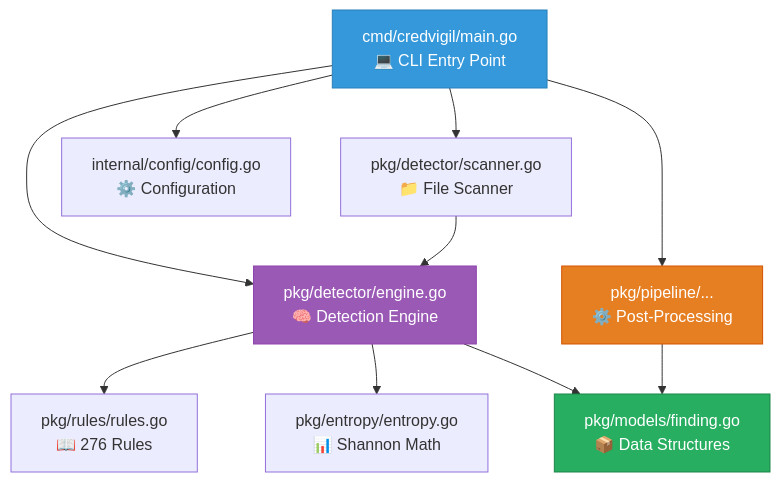
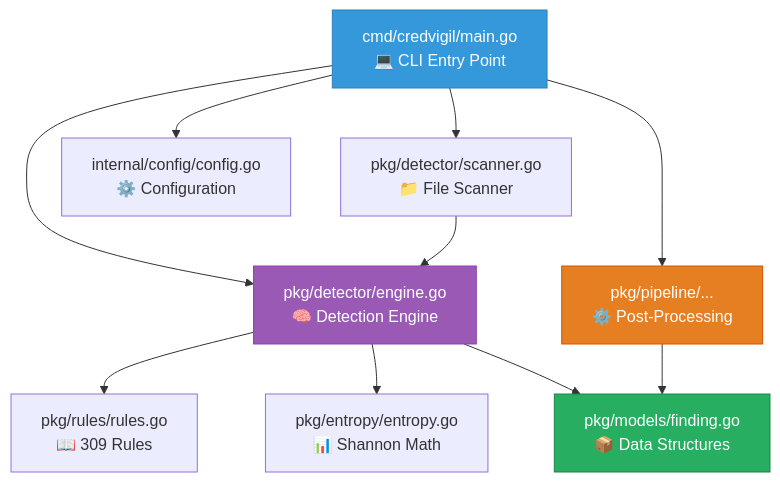
Before and after one commit to svemulapati/CredVigil: diagram 31 of 37 in docs/training/01-core-detection-engine.md, drawn with Mermaid. The commit also changed other lines of this file and 2 other files, not shown here.

First line of the commit message:
feat(rules): add 33 modern AI/ML and developer infrastructure detection rules

````diff
--- a/docs/training/01-core-detection-engine.md
+++ b/docs/training/01-core-detection-engine.md
@@ -1619,16 +1621,16 @@
 ```mermaid
 flowchart TD
     CLI["cmd/credvigil/main.go\n💻 CLI Entry Point"] --> ENG["pkg/detector/engine.go\n🧠 Detection Engine"]
     CLI --> SCN["pkg/detector/scanner.go\n📁 File Scanner"]
     SCN --> ENG
-    ENG --> RUL["pkg/rules/rules.go\n📖 276 Rules"]
+    ENG --> RUL["pkg/rules/rules.go\n📖 309 Rules"]
     ENG --> ENT["pkg/entropy/entropy.go\n📊 Shannon Math"]
     ENG --> MOD["pkg/models/finding.go\n📦 Data Structures"]
     CLI --> PIP["pkg/pipeline/...\n⚙️ Post-Processing"]
     PIP --> MOD
     CLI --> CFG["internal/config/config.go\n⚙️ Configuration"]
     style CLI fill:#3498DB,stroke:#2980B9,color:#fff
     style ENG fill:#9B59B6,stroke:#8E44AD,color:#fff
     style PIP fill:#E67E22,stroke:#D35400,color:#fff
     style MOD fill:#27AE60,stroke:#1E8449,color:#fff
 ```
````
